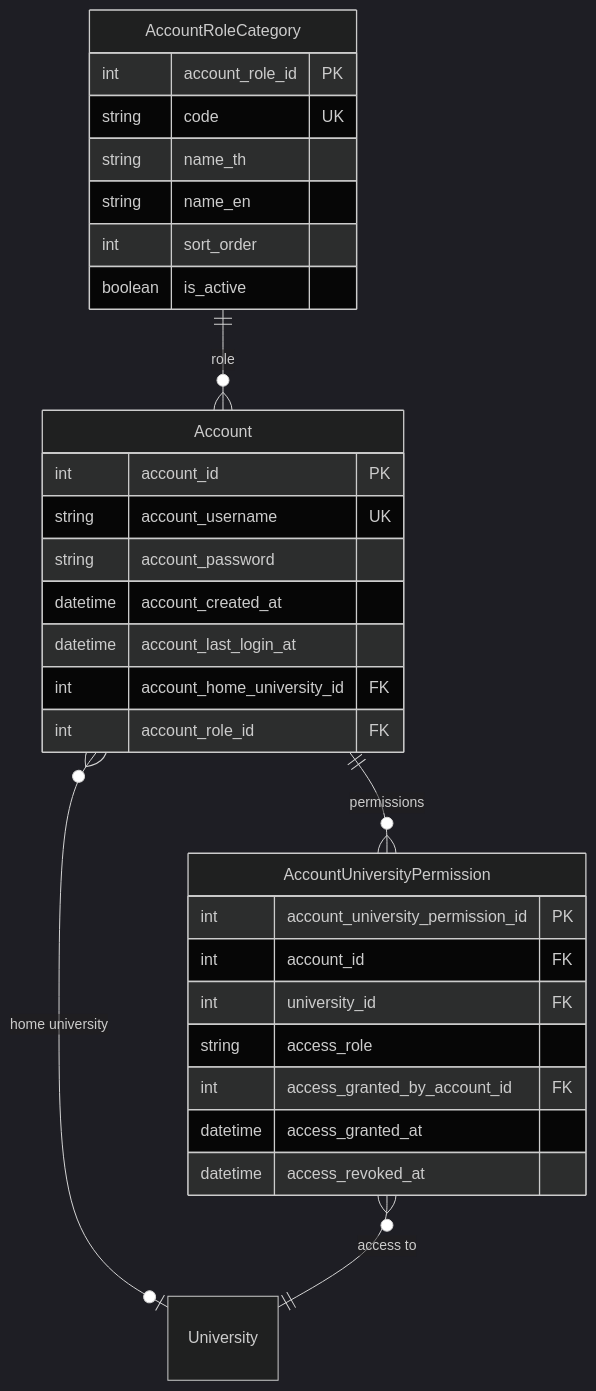
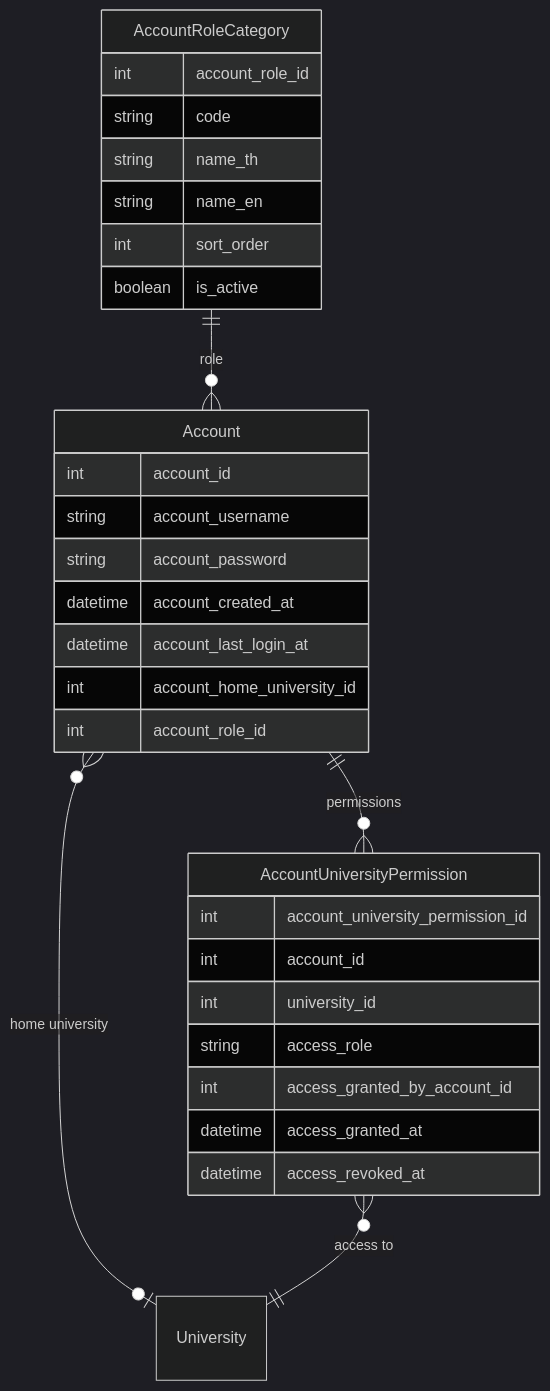
The second of 12 diagrams in prisma/README.md (BeelzebubCode/wellness-demo1), drawn with Mermaid (dark theme) before and after one commit. The commit also changed other lines of this file, not shown here.

Commit message:
fix: remove PK/FK annotations from Mermaid ERD for GitHub compatibility

````diff
--- a/prisma/README.md
+++ b/prisma/README.md
@@ -109,36 +109,36 @@
 ```mermaid
 erDiagram
     AccountRoleCategory ||--o{ Account : "role"
     Account }o--o| University : "home university"
     Account ||--o{ AccountUniversityPermission : "permissions"
     AccountUniversityPermission }o--|| University : "access to"
 
     AccountRoleCategory {
-        int account_role_id PK
-        string code UK
+        int account_role_id
+        string code
         string name_th
         string name_en
         int sort_order
         boolean is_active
     }
 
     Account {
-        int account_id PK
-        string account_username UK
+        int account_id
+        string account_username
         string account_password
         datetime account_created_at
         datetime account_last_login_at
-        int account_home_university_id FK
-        int account_role_id FK
+        int account_home_university_id
+        int account_role_id
     }
 
     AccountUniversityPermission {
-        int account_university_permission_id PK
-        int account_id FK
-        int university_id FK
+        int account_university_permission_id
+        int account_id
+        int university_id
         string access_role
-        int access_granted_by_account_id FK
+        int access_granted_by_account_id
         datetime access_granted_at
         datetime access_revoked_at
     }
 ```
````
